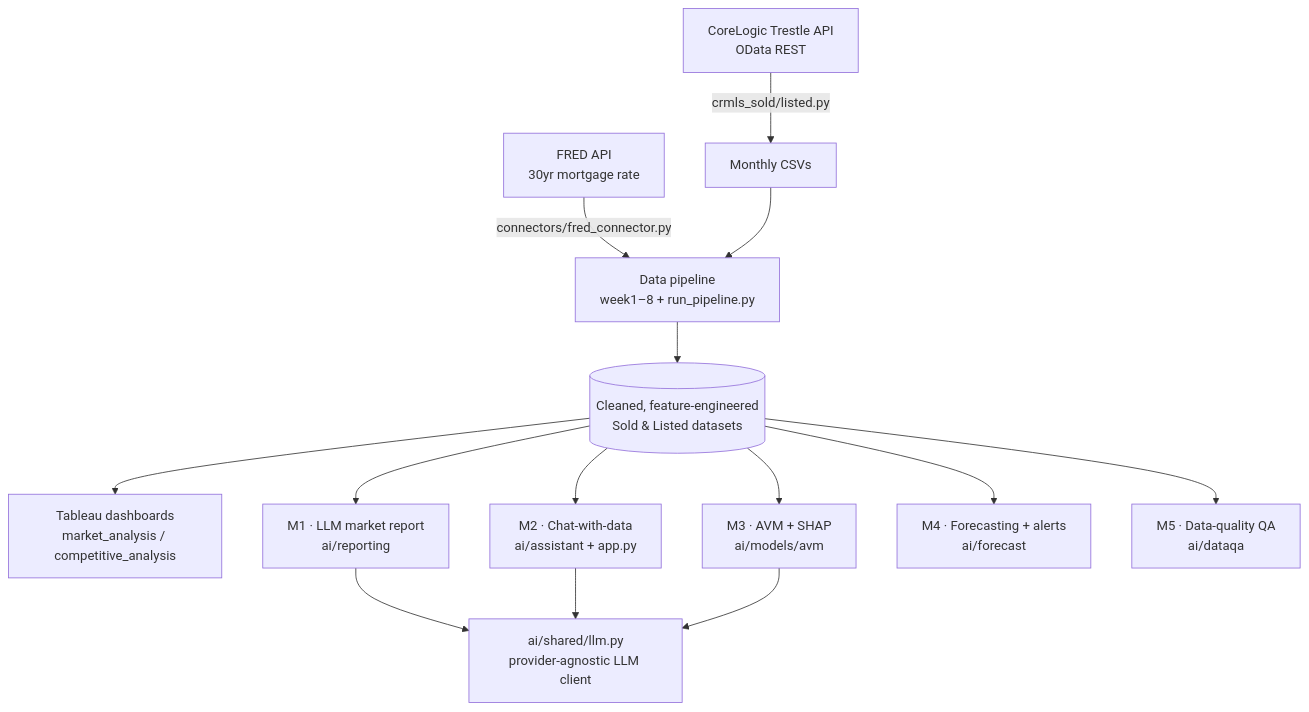
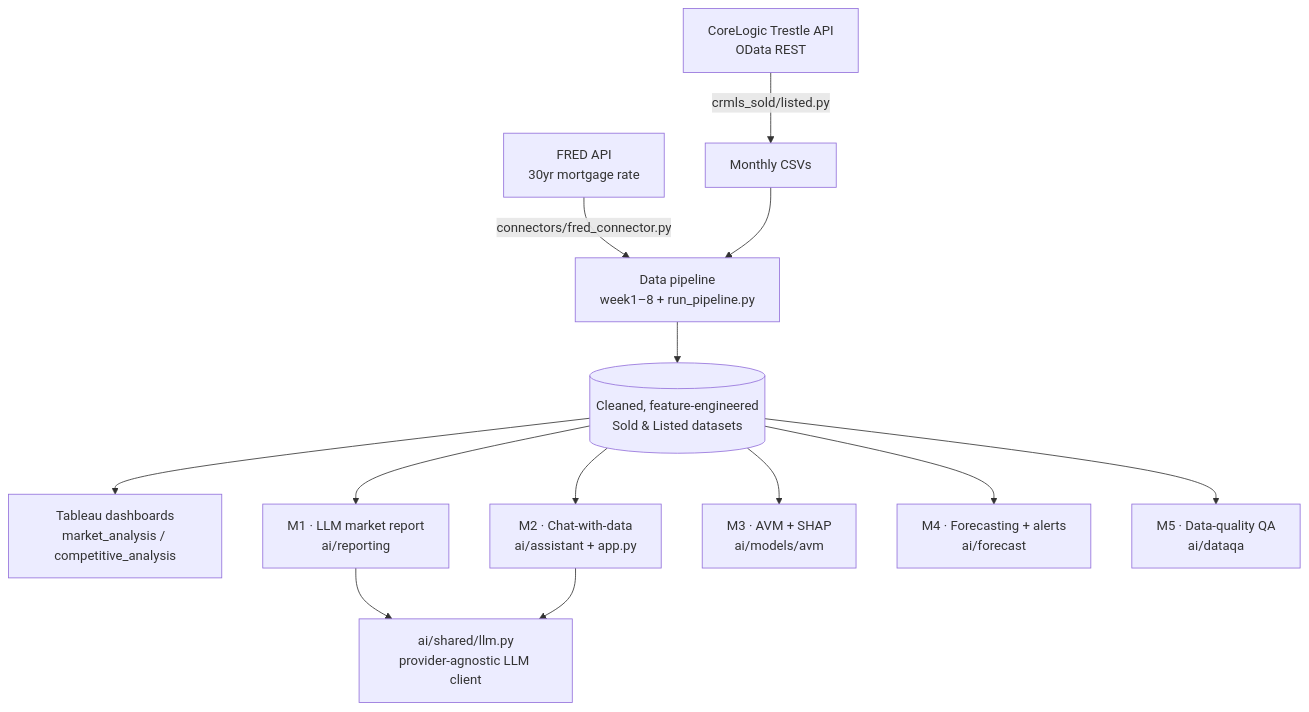
The diagram in README.md (keeeeeeeee921/idxexchange_da), drawn with Mermaid before and after one commit. The commit also changed other lines of this file, not shown here.

First line of the commit message:
Docs: sync README to current AVM metrics; correct LLM-client scope

````diff
--- a/README.md
+++ b/README.md
@@ -42,14 +42,14 @@
 ```mermaid
 flowchart TD
     A[CoreLogic Trestle API<br/>OData REST] -->|crmls_sold/listed.py| B[Monthly CSVs]
     F[FRED API<br/>30yr mortgage rate] -->|connectors/fred_connector.py| C
     B --> C[Data pipeline<br/>week1–8 + run_pipeline.py]
     C --> D[(Cleaned, feature-engineered<br/>Sold & Listed datasets)]
     D --> E[Tableau dashboards<br/>market_analysis / competitive_analysis]
     D --> G[M1 · LLM market report<br/>ai/reporting]
     D --> H[M2 · Chat-with-data<br/>ai/assistant + app.py]
     D --> I[M3 · AVM + SHAP<br/>ai/models/avm]
     D --> K[M4 · Forecasting + alerts<br/>ai/forecast]
     D --> L[M5 · Data-quality QA<br/>ai/dataqa]
-    G & H & I --> J[ai/shared/llm.py<br/>provider-agnostic LLM client]
+    G & H --> J[ai/shared/llm.py<br/>provider-agnostic LLM client]
 ```
````
